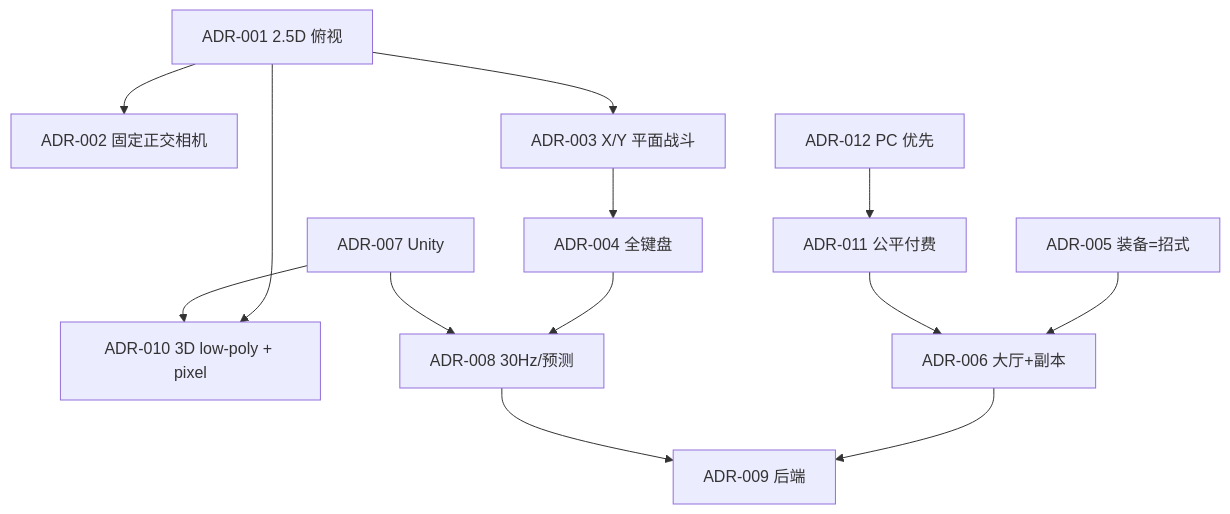
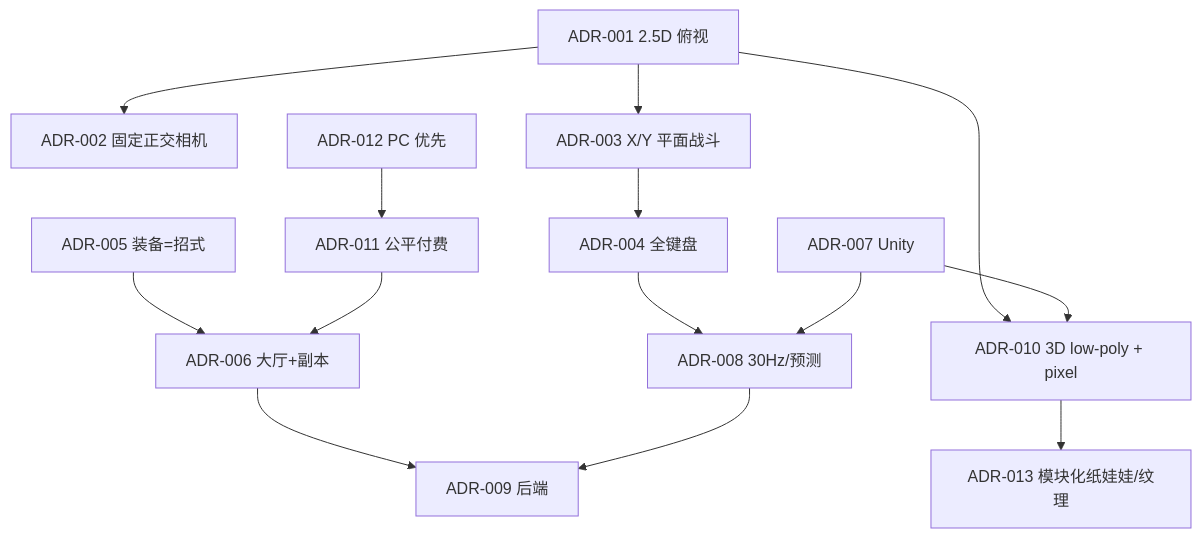
One commit to daiguangze01-wq/project-hot changed the diagram in docs/05-关键决策记录（ADR）.md. Above: the diagram before and after it, drawn with Mermaid. The commit also changed other lines of this file and 13 other files, not shown here.

````diff
--- a/docs/05-关键决策记录（ADR）.md
+++ b/docs/05-关键决策记录（ADR）.md
@@ -43,15 +44,16 @@
 ```mermaid
 flowchart TB
   A[ADR-001 2.5D 俯视] --> B[ADR-002 固定正交相机]
   A --> C[ADR-003 X/Y 平面战斗]
   C --> D[ADR-004 全键盘]
   A --> J[ADR-010 3D low-poly + pixel]
+  J --> N[ADR-013 模块化纸娃娃/纹理]
   D --> H[ADR-008 30Hz/预测]
   E[ADR-005 装备=招式] --> F[ADR-006 大厅+副本]
   F --> I[ADR-009 后端]
   H --> I
   K[ADR-007 Unity] --> H
   K --> J
   L[ADR-011 公平付费] --> F
   M[ADR-012 PC 优先] --> L
 ```
````
